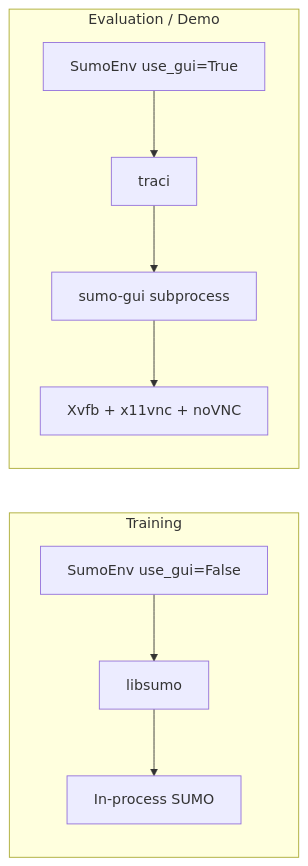
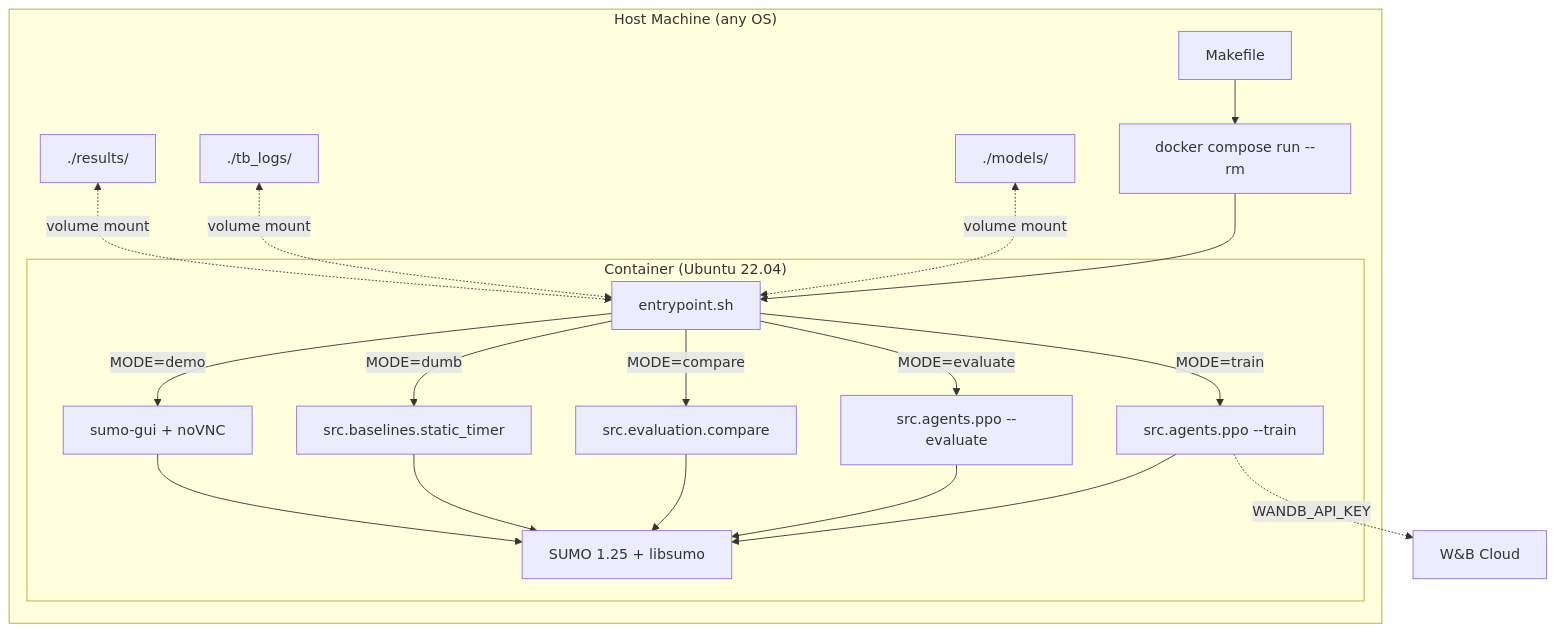
One commit to amangupta20/OpenTraffic-MARL changed the diagram in TECHNICAL.md. Above: the diagram before and after it, drawn with Mermaid. The commit also changed other lines of this file and 1 other file, not shown here.

First line of the commit message:
docs: update TECHNICAL.md with Docker-first reproducibility architecture

````diff
--- a/TECHNICAL.md
+++ b/TECHNICAL.md
@@ -312,12 +315,23 @@
 ```mermaid
-graph LR
-    subgraph Training
-        A[SumoEnv use_gui=False] --> B[libsumo]
-        B --> C[In-process SUMO]
+graph TB
+    subgraph "Host Machine (any OS)"
+        M[Makefile] --> DC[docker compose run --rm]
+        DC --> C
+        subgraph "Container (Ubuntu 22.04)"
+            C[entrypoint.sh] --> |MODE=train| T[src.agents.ppo --train]
+            C --> |MODE=evaluate| E[src.agents.ppo --evaluate]
+            C --> |MODE=compare| CP[src.evaluation.compare]
+            C --> |MODE=dumb| D[src.baselines.static_timer]
+            C --> |MODE=demo| DM[sumo-gui + noVNC]
+            T --> SUMO[SUMO 1.25 + libsumo]
+            E --> SUMO
+            CP --> SUMO
+            D --> SUMO
+            DM --> SUMO
+        end
+        V1[./models/] <-.->|volume mount| C
+        V2[./tb_logs/] <-.->|volume mount| C
+        V3[./results/] <-.->|volume mount| C
     end
-    subgraph Evaluation / Demo
-        D[SumoEnv use_gui=True] --> E[traci]
-        E --> F[sumo-gui subprocess]
-        F --> G[Xvfb + x11vnc + noVNC]
-    end
+    T -.->|WANDB_API_KEY| W[W&B Cloud]
 ```
````
